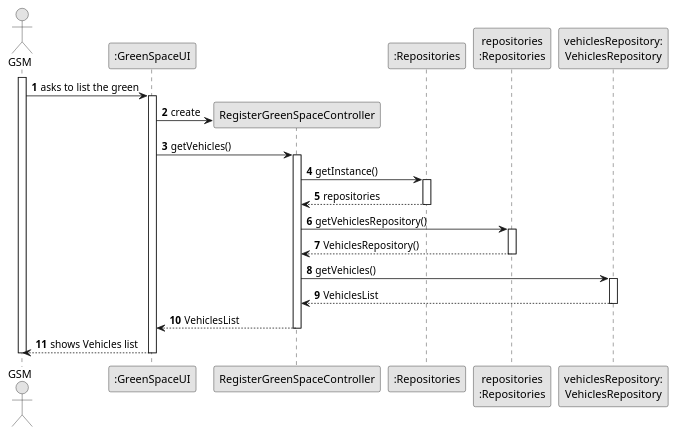
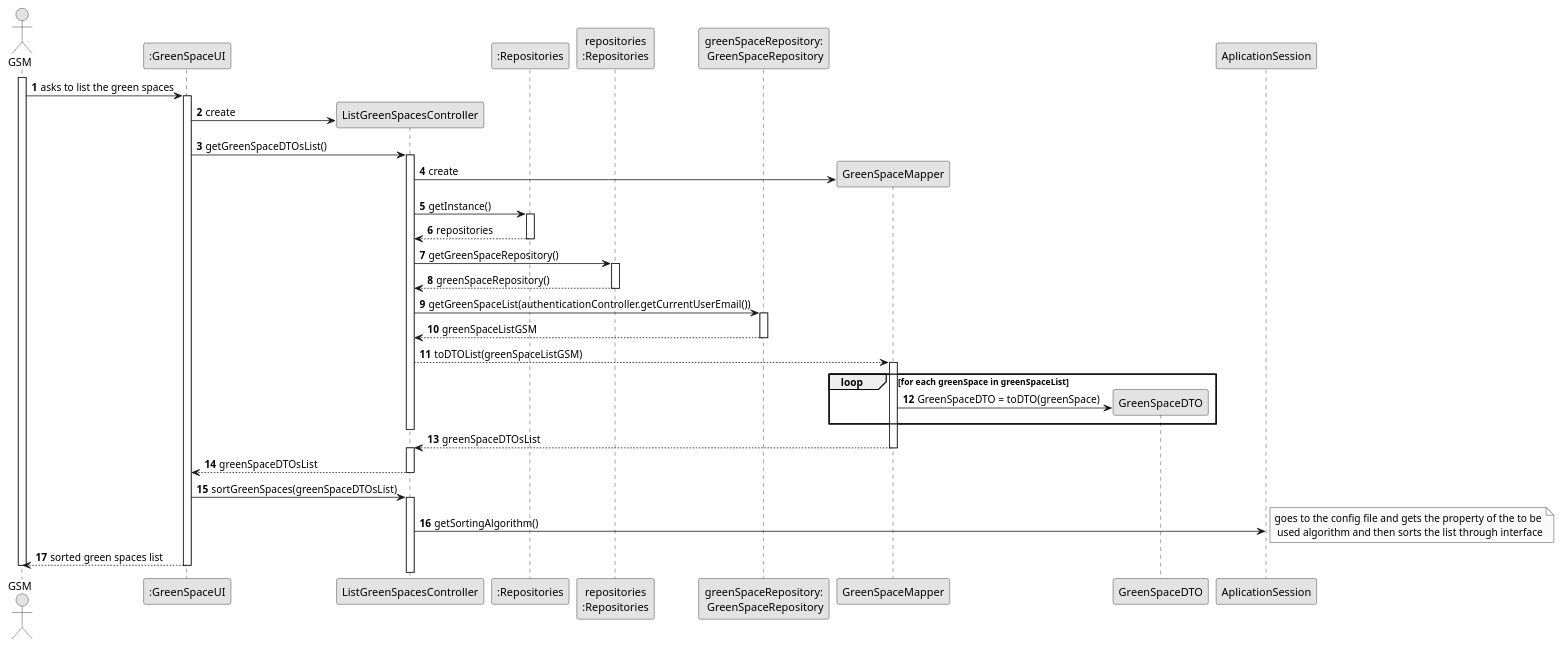
One commit to Departamento-de-Engenharia-Informatica/lei-24-s2-1do-g164 changed the diagram in docs/sprintC/us027/03.design/puml/us027-sequence-diagram-full.puml. Above: the diagram before and after it, drawn with PlantUML. The commit also changed 10 other files, not shown here.

Commit message:
us027(docs): system diagram

```diff
--- a/docs/sprintC/us027/03.design/puml/us027-sequence-diagram-full.puml
+++ b/docs/sprintC/us027/03.design/puml/us027-sequence-diagram-full.puml
@@ -1,57 +1,80 @@
 @startuml
 skinparam monochrome true
 skinparam packageStyle rectangle
 skinparam shadowing false
 
 autonumber
 
 'hide footbox
 actor "GSM" as ADM
 participant ":GreenSpaceUI" as UI
-participant "RegisterGreenSpaceController" as CTRL
+participant "ListGreenSpacesController" as CTRL
 participant ":Repositories" as RepositorySingleton
 participant "repositories\n:Repositories" as PLAT
-participant "vehiclesRepository:\nVehiclesRepository" as TaskCategoryRepository
-
+participant "greenSpaceRepository:\n GreenSpaceRepository" as Repo
+participant "GreenSpaceMapper"
+participant "GreenSpaceDTO" as GreenSpaceDTO
 
 activate ADM
 
-        ADM -> UI : asks to list the green
+        ADM -> UI : asks to list the green spaces
 
         activate UI
-
-'            UI --> ADM : requests data (reference, description,  informal \n description, technical description, duration, cost)
-            'create CTRL
             UI -> CTRL** : create
 
-            UI -> CTRL : getVehicles()
+            UI -> CTRL : getGreenSpaceDTOsList()
             activate CTRL
+
+            CTRL->  "GreenSpaceMapper"**: create
 
                 CTRL -> RepositorySingleton : getInstance()
                 activate RepositorySingleton
 
                     RepositorySingleton --> CTRL: repositories
                 deactivate RepositorySingleton
 
-                CTRL -> PLAT : getVehiclesRepository()
+                CTRL -> PLAT : getGreenSpaceRepository()
                 activate PLAT
 
-                    PLAT --> CTRL: VehiclesRepository()
+                    PLAT --> CTRL: greenSpaceRepository()
                 deactivate PLAT
 
-                CTRL -> TaskCategoryRepository : getVehicles()
-                activate TaskCategoryRepository
+                CTRL -> Repo : getGreenSpaceList(authenticationController.getCurrentUserEmail())
+                activate Repo
 
-                    TaskCategoryRepository --> CTRL : VehiclesList
-                deactivate TaskCategoryRepository
 
-                CTRL --> UI : VehiclesList
+                    Repo --> CTRL : greenSpaceListGSM
+                deactivate Repo
+
+                CTRL --> "GreenSpaceMapper" : toDTOList(greenSpaceListGSM)
+                activate "GreenSpaceMapper"
+
+                 loop for each greenSpace in greenSpaceList
+
+                                 "GreenSpaceMapper" -> "GreenSpaceDTO"** : GreenSpaceDTO = toDTO(greenSpace)
+
+
+                                  end
             deactivate CTRL
 
-            UI --> ADM : shows Vehicles list
+            "GreenSpaceMapper"--> CTRL: greenSpaceDTOsList
+            deactivate "GreenSpaceMapper"
+            activate CTRL
+
+            CTRL-->     UI: greenSpaceDTOsList
+            deactivate CTRL
+
+            UI-> CTRL: sortGreenSpaces(greenSpaceDTOsList)
+            activate CTRL
+
+            CTRL-> AplicationSession: getSortingAlgorithm()
+                        note right: goes to the config file and gets the property of the to be\n used algorithm and then sorts the list through interface
+
+
+            UI--> ADM: sorted green spaces list
         deactivate UI
 
 
 deactivate ADM
 
 @enduml
```
